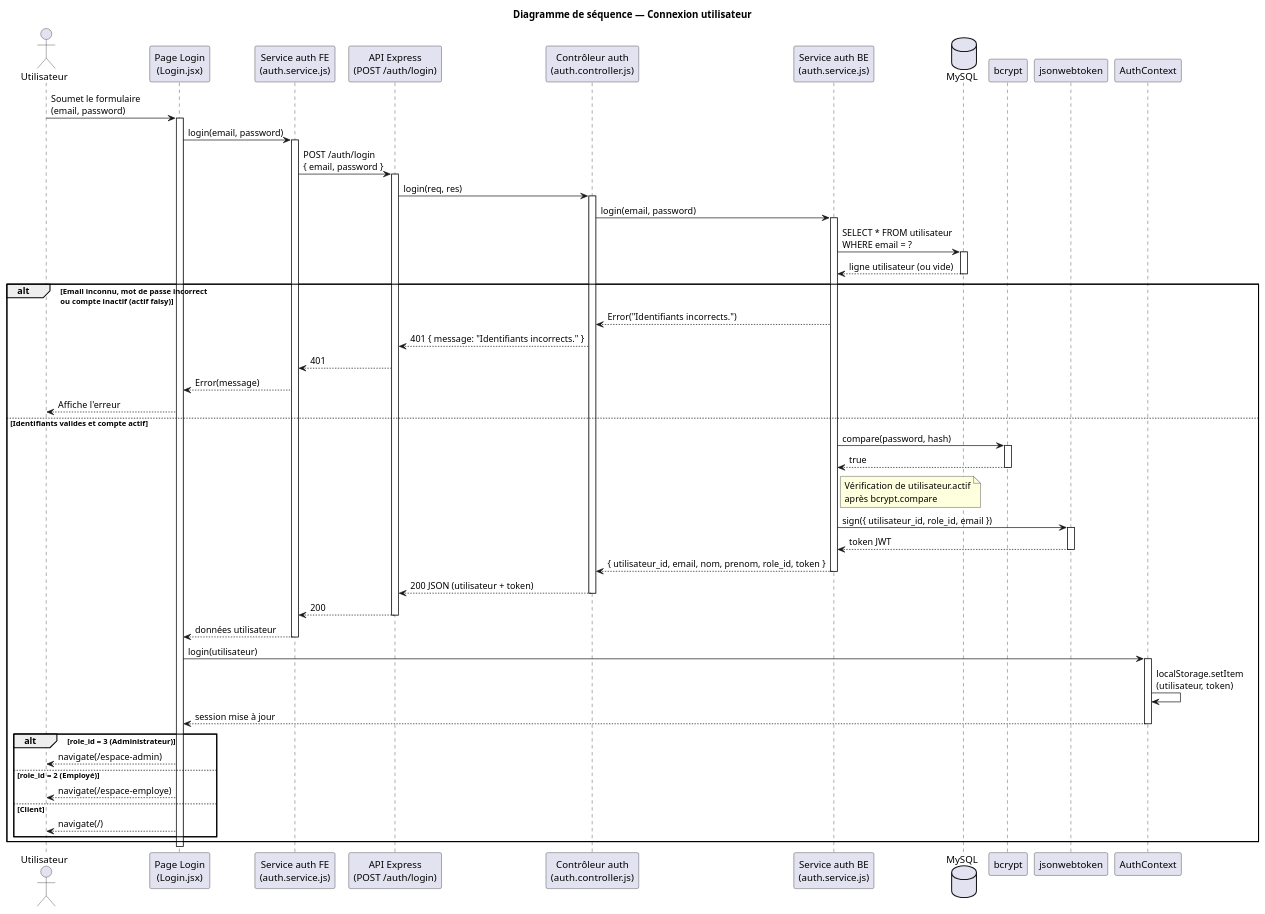
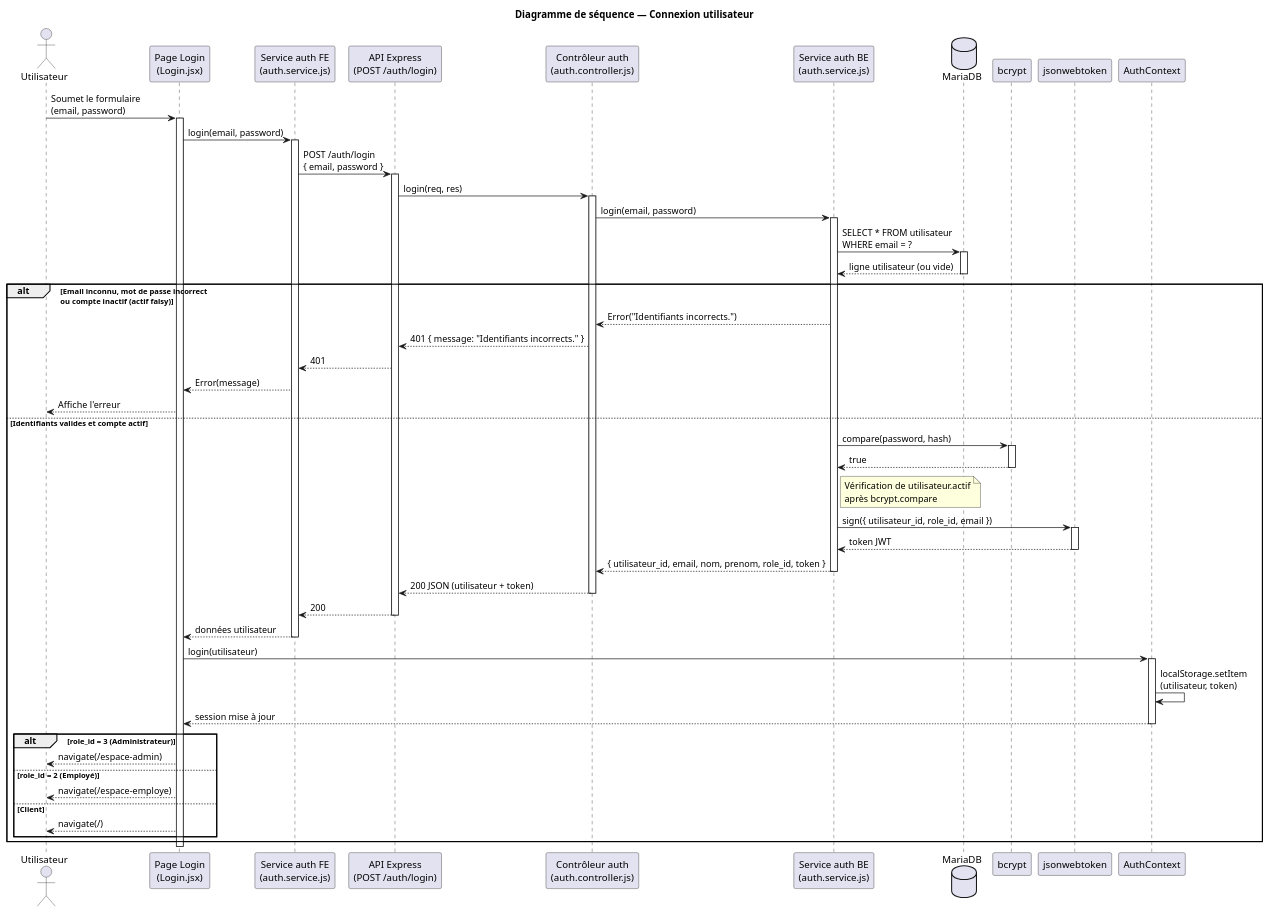
Before and after one commit to Meldince6790/vite-et-gourmand: the diagram in docs/diagrammes/sequence-login.puml, drawn with PlantUML. The commit also changed 21 other files, not shown here.

```diff
--- a/docs/diagrammes/sequence-login.puml
+++ b/docs/diagrammes/sequence-login.puml
@@ -1,89 +1,89 @@
 @startuml sequence-login
 title Diagramme de séquence — Connexion utilisateur
 
 actor "Utilisateur" as User
 participant "Page Login\n(Login.jsx)" as Login
 participant "Service auth FE\n(auth.service.js)" as AuthFe
 participant "API Express\n(POST /auth/login)" as API
 participant "Contrôleur auth\n(auth.controller.js)" as Ctrl
 participant "Service auth BE\n(auth.service.js)" as AuthBe
-database "MySQL" as MySQL
+database "MariaDB" as MySQL
 participant "bcrypt" as Bcrypt
 participant "jsonwebtoken" as Jwt
 participant "AuthContext" as Ctx
 
 User -> Login : Soumet le formulaire\n(email, password)
 activate Login
 
 Login -> AuthFe : login(email, password)
 activate AuthFe
 
 AuthFe -> API : POST /auth/login\n{ email, password }
 activate API
 
 API -> Ctrl : login(req, res)
 activate Ctrl
 
 Ctrl -> AuthBe : login(email, password)
 activate AuthBe
 
 AuthBe -> MySQL : SELECT * FROM utilisateur\nWHERE email = ?
 activate MySQL
 MySQL --> AuthBe : ligne utilisateur (ou vide)
 deactivate MySQL
 
 alt Email inconnu, mot de passe incorrect\nou compte inactif (actif falsy)
 
   AuthBe --> Ctrl : Error("Identifiants incorrects.")
   Ctrl --> API : 401 { message: "Identifiants incorrects." }
   API --> AuthFe : 401
   AuthFe --> Login : Error(message)
   Login --> User : Affiche l'erreur
 
 else Identifiants valides et compte actif
 
   AuthBe -> Bcrypt : compare(password, hash)
   activate Bcrypt
   Bcrypt --> AuthBe : true
   deactivate Bcrypt
 
   note right of AuthBe
     Vérification de utilisateur.actif
     après bcrypt.compare
   end note
 
   AuthBe -> Jwt : sign({ utilisateur_id, role_id, email })
   activate Jwt
   Jwt --> AuthBe : token JWT
   deactivate Jwt
 
   AuthBe --> Ctrl : { utilisateur_id, email, nom, prenom, role_id, token }
   deactivate AuthBe
 
   Ctrl --> API : 200 JSON (utilisateur + token)
   deactivate Ctrl
   API --> AuthFe : 200
   deactivate API
 
   AuthFe --> Login : données utilisateur
   deactivate AuthFe
 
   Login -> Ctx : login(utilisateur)
   activate Ctx
   Ctx -> Ctx : localStorage.setItem\n(utilisateur, token)
   Ctx --> Login : session mise à jour
   deactivate Ctx
 
   alt role_id = 3 (Administrateur)
     Login --> User : navigate(/espace-admin)
   else role_id = 2 (Employé)
     Login --> User : navigate(/espace-employe)
   else Client
     Login --> User : navigate(/)
   end
 
 end
 
 deactivate Login
 
 @enduml
```
